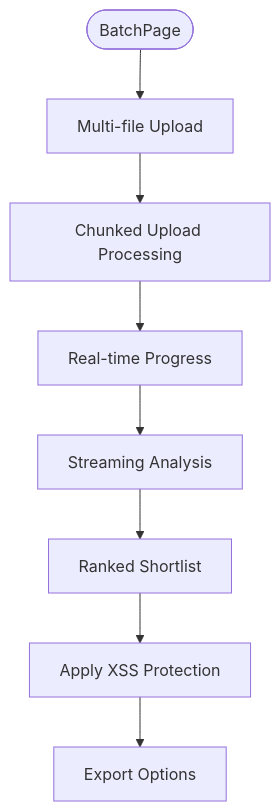
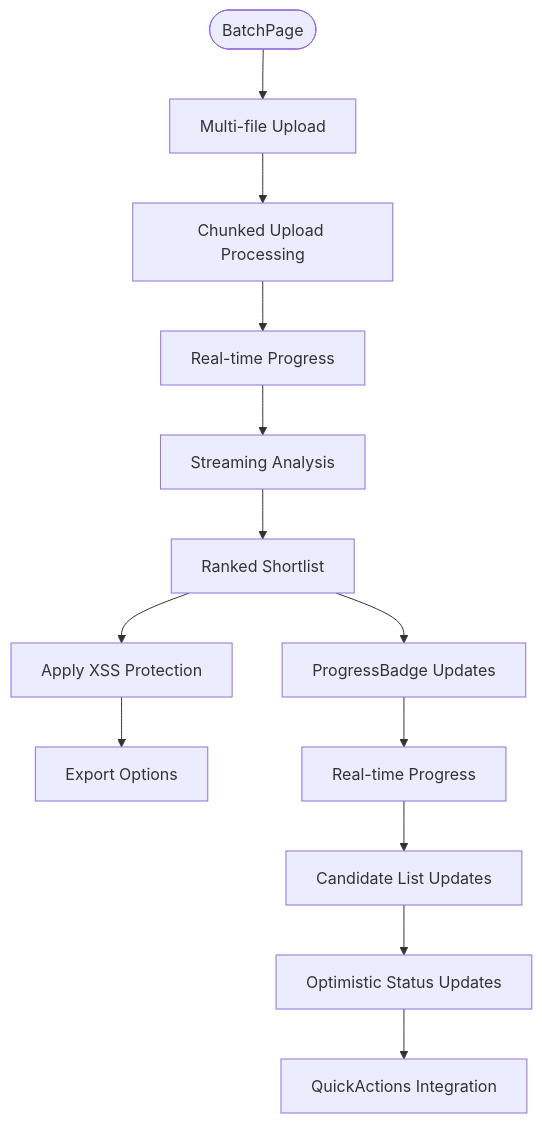
One commit to Revanththetalogics/aireume changed diagram 25 of 45 in .qoder/repowiki/en/content/Frontend Architecture/Frontend Architecture.md. Above: the diagram before and after it, drawn with Mermaid. The commit also changed other lines of this file and 14 other files, not shown here.

````diff
--- a/.qoder/repowiki/en/content/Frontend Architecture/Frontend Architecture.md
+++ b/.qoder/repowiki/en/content/Frontend Architecture/Frontend Architecture.md
@@ -613,10 +1306,15 @@
 ```mermaid
 flowchart TD
 Start(["BatchPage"]) --> Upload["Multi-file Upload"]
 Upload --> Chunked["Chunked Upload Processing"]
 Chunked --> Progress["Real-time Progress"]
 Progress --> Analyze["Streaming Analysis"]
 Analyze --> Results["Ranked Shortlist"]
 Results --> SEC["Apply XSS Protection"]
 SEC --> Export["Export Options"]
+Results --> ProgressBadge["ProgressBadge Updates"]
+ProgressBadge --> RealTime["Real-time Progress"]
+RealTime --> Candidates["Candidate List Updates"]
+Candidates --> Optimistic["Optimistic Status Updates"]
+Optimistic --> QuickActions["QuickActions Integration"]
 ```
````
